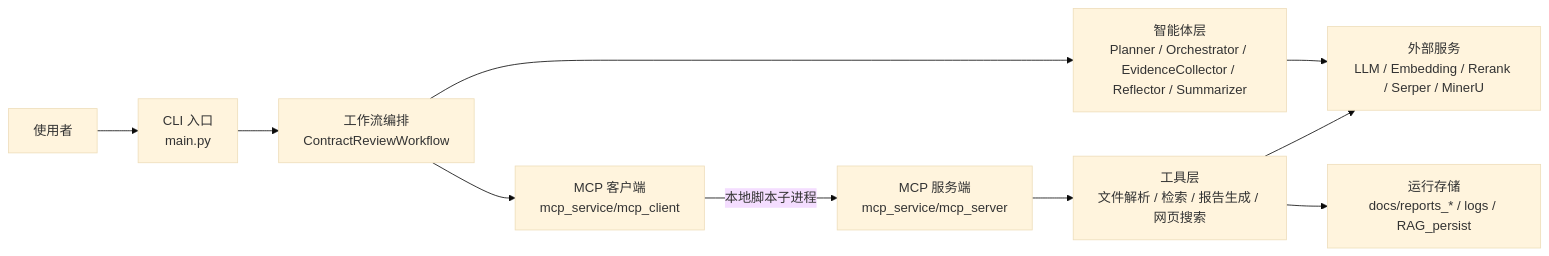
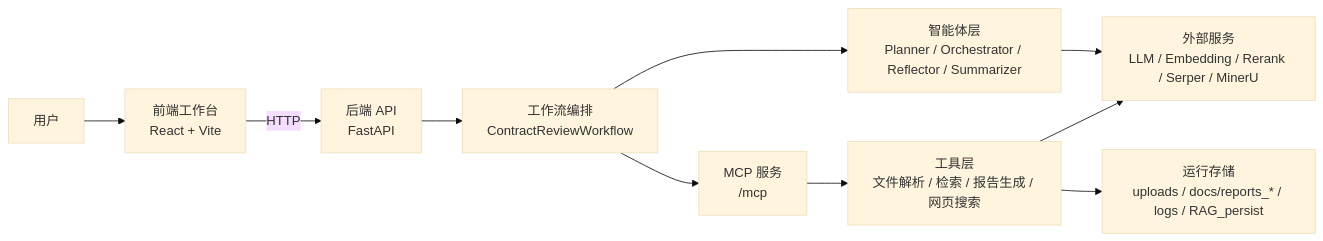
Before and after one commit to HoeTee/contract_agent: the first of 6 diagrams in project_intro/ARCHITECTURE.md, drawn with Mermaid (base theme). The commit also changed other lines of this file and 106 other files, not shown here.

````diff
--- a/project_intro/ARCHITECTURE.md
+++ b/project_intro/ARCHITECTURE.md
@@ -18,22 +16,22 @@
 ```mermaid
 flowchart LR
-    U[使用者]
-    CLI[CLI 入口<br/>main.py]
+    U[用户]
+    FE[前端工作台<br/>React + Vite]
+    API[后端 API<br/>FastAPI]
     WF[工作流编排<br/>ContractReviewWorkflow]
-    AG[智能体层<br/>Planner / Orchestrator / EvidenceCollector / Reflector / Summarizer]
-    MCPC[MCP 客户端<br/>mcp_service/mcp_client]
-    MCPS[MCP 服务端<br/>mcp_service/mcp_server]
+    AG[智能体层<br/>Planner / Orchestrator / Reflector / Summarizer]
+    MCP[MCP 服务<br/>/mcp]
     TOOLS[工具层<br/>文件解析 / 检索 / 报告生成 / 网页搜索]
-    STORE[运行存储<br/>docs/reports_* / logs / RAG_persist]
+    STORE[运行存储<br/>uploads / docs/reports_* / logs / RAG_persist]
     EXT[外部服务<br/>LLM / Embedding / Rerank / Serper / MinerU]
 
-    U --> CLI
-    CLI --> WF
+    U --> FE
+    FE -->|HTTP| API
+    API --> WF
     WF --> AG
-    WF --> MCPC
-    MCPC -->|本地脚本子进程| MCPS
-    MCPS --> TOOLS
+    WF --> MCP
+    MCP --> TOOLS
     TOOLS --> STORE
     AG --> EXT
     TOOLS --> EXT
 ```
````
